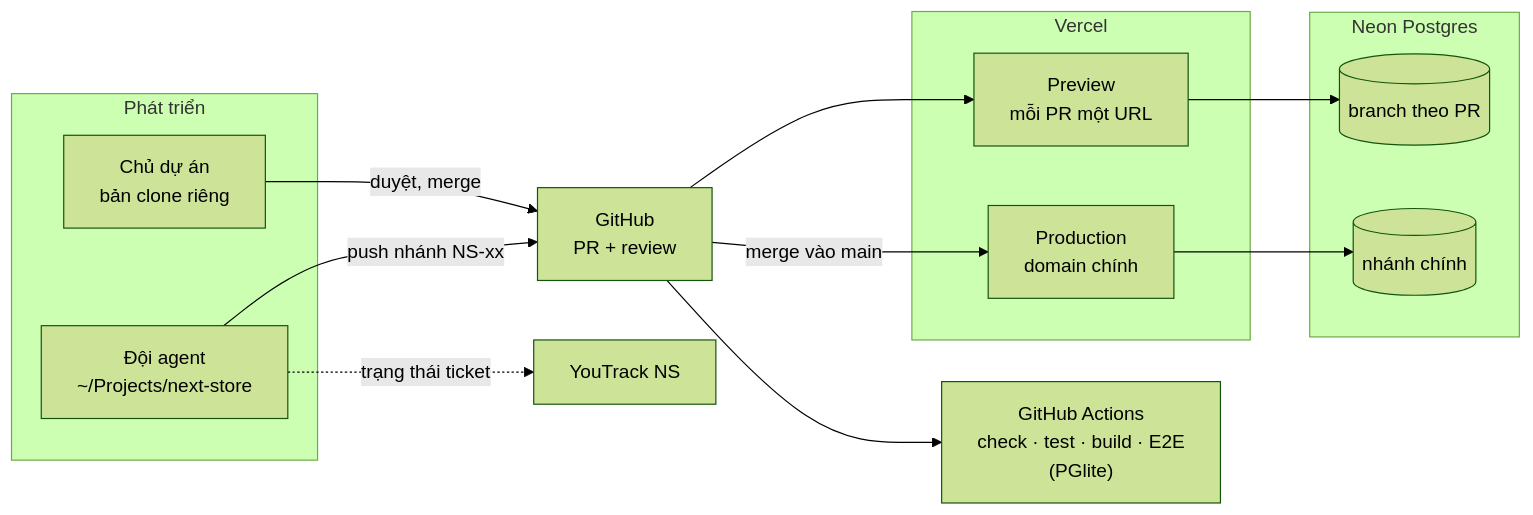
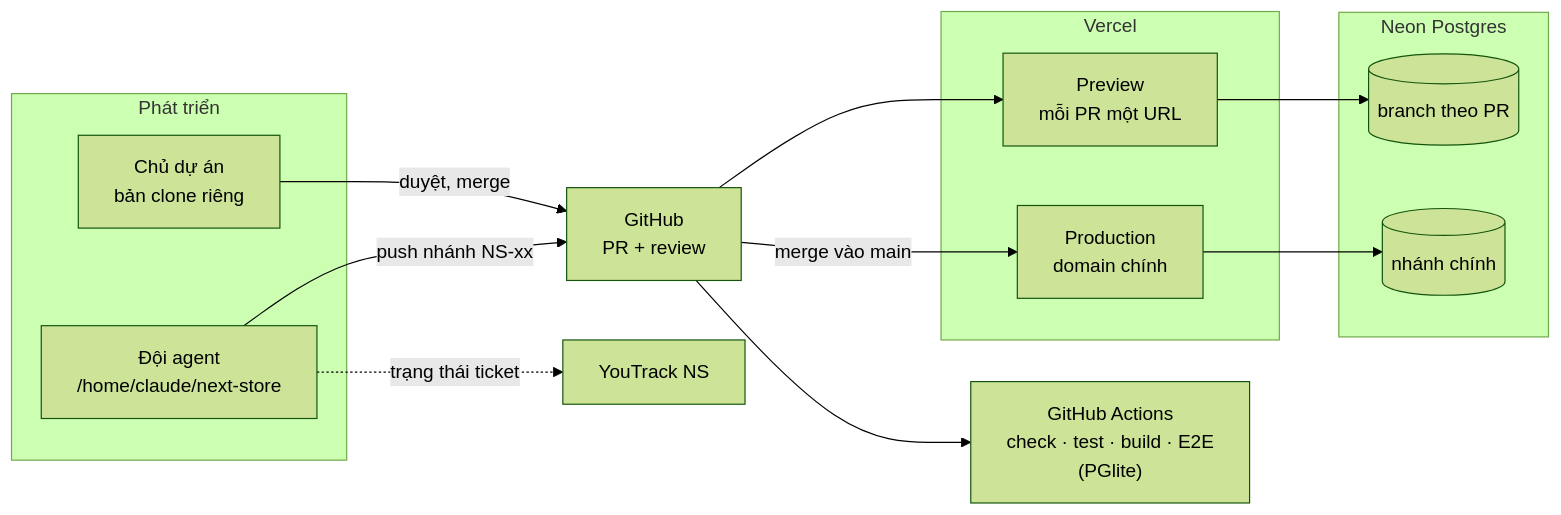
Before and after one commit to chinhpham208/next-store: the sixth of 6 diagrams in docs/architecture.md, drawn with Mermaid (forest theme). The commit also changed other lines of this file and 2 other files, not shown here.

Commit message:
docs(process): fix workspace path NS-33
Claude-Session: https://claude.ai/code/session_018hGqHVNSADMDMKxmNSCfem

````diff
--- a/docs/architecture.md
+++ b/docs/architecture.md
@@ -153,25 +153,25 @@
 ```mermaid
 flowchart LR
   subgraph dev["Phát triển"]
-    agents["Đội agent<br/>~/Projects/next-store"]
+    agents["Đội agent<br/>/home/claude/next-store"]
     owner["Chủ dự án<br/>bản clone riêng"]
   end
   gh["GitHub<br/>PR + review"]
   ci["GitHub Actions<br/>check · test · build · E2E<br/>(PGlite)"]
   subgraph vercel["Vercel"]
     preview["Preview<br/>mỗi PR một URL"]
     prod["Production<br/>domain chính"]
   end
   subgraph neon["Neon Postgres"]
     nbranch[("branch theo PR")]
     nmain[("nhánh chính")]
   end
   yt["YouTrack NS"]
 
   agents -->|push nhánh NS-xx| gh
   owner -->|duyệt, merge| gh
   gh --> ci
   gh --> preview --> nbranch
   gh -->|merge vào main| prod --> nmain
   agents -.->|trạng thái ticket| yt
 ```
````
